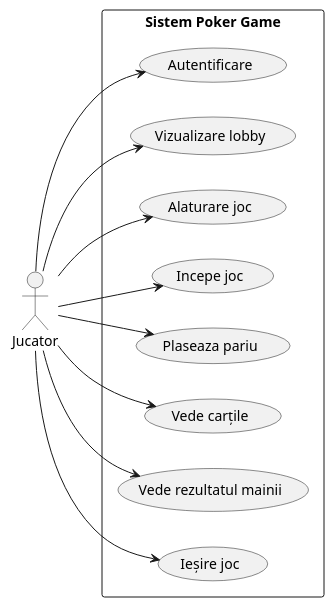
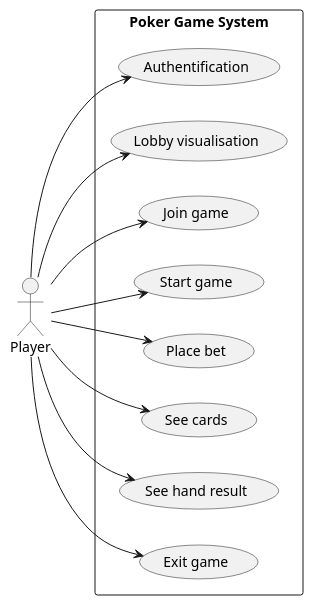
One commit to Broski-Corporation/Broski-Poker changed the diagram in docs/UseCaseDiagram.puml. Above: the diagram before and after it, drawn with PlantUML. The commit also changed 3 other files, not shown here.

```diff
--- a/docs/UseCaseDiagram.puml
+++ b/docs/UseCaseDiagram.puml
@@ -1,28 +1,28 @@
 @startuml
 left to right direction
 
-actor "Jucator" as Player
+actor "Player" as Player
 
-rectangle "Sistem Poker Game" {
-    (Autentificare)
-    (Vizualizare lobby)
-    (Alaturare joc)
-    (Incepe joc)
-    (Plaseaza pariu)
-    (Vede carțile)
-    (Vede rezultatul mainii)
-    (Ieșire joc)
+rectangle "Poker Game System" {
+    (Authentification)
+    (Lobby visualisation)
+    (Join game)
+    (Start game)
+    (Place bet)
+    (See cards)
+    (See hand result)
+    (Exit game)
 }
 
-Player --> (Autentificare)
-Player --> (Vizualizare lobby)
-Player --> (Alaturare joc)
-Player --> (Incepe joc)
-Player --> (Plaseaza pariu)
-Player --> (Vede carțile)
-Player --> (Vede rezultatul mainii)
-Player --> (Ieșire joc)
+Player --> (Authentification)
+Player --> (Lobby visualisation)
+Player --> (Join game)
+Player --> (Start game)
+Player --> (Place bet)
+Player --> (See cards)
+Player --> (See hand result)
+Player --> (Exit game)
 
 
 
 @enduml
```
